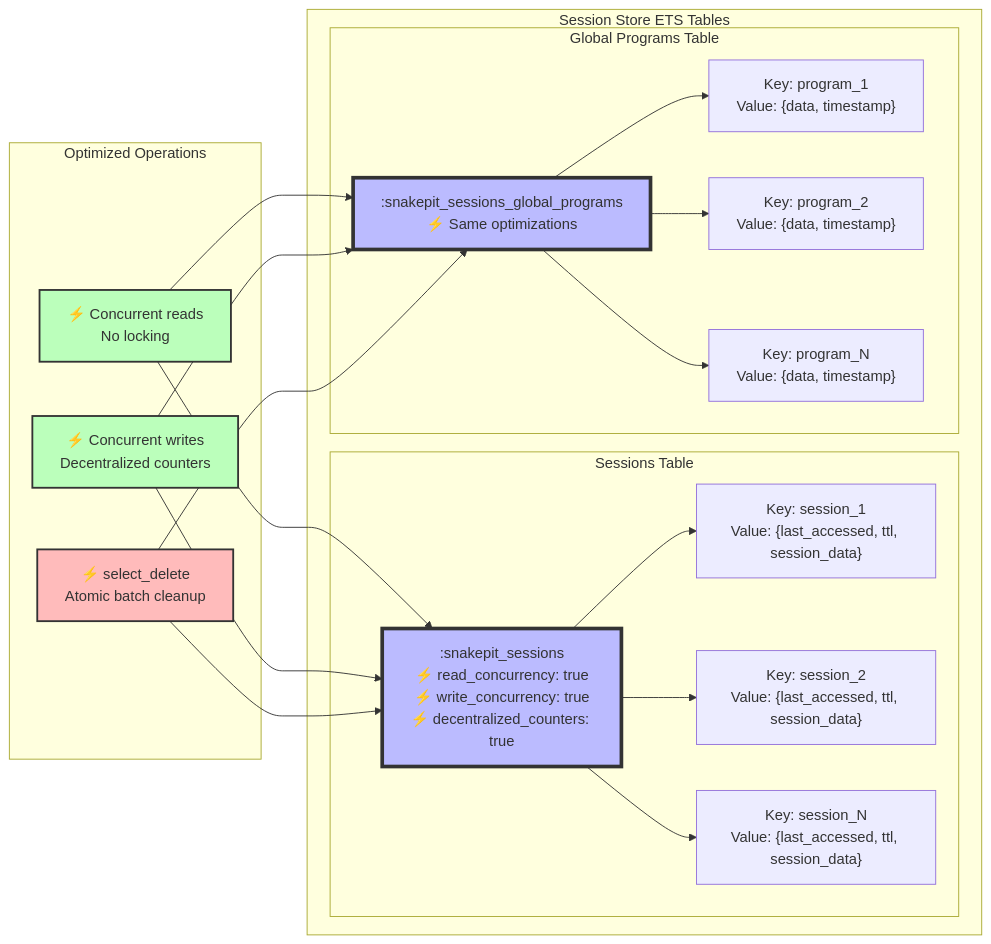
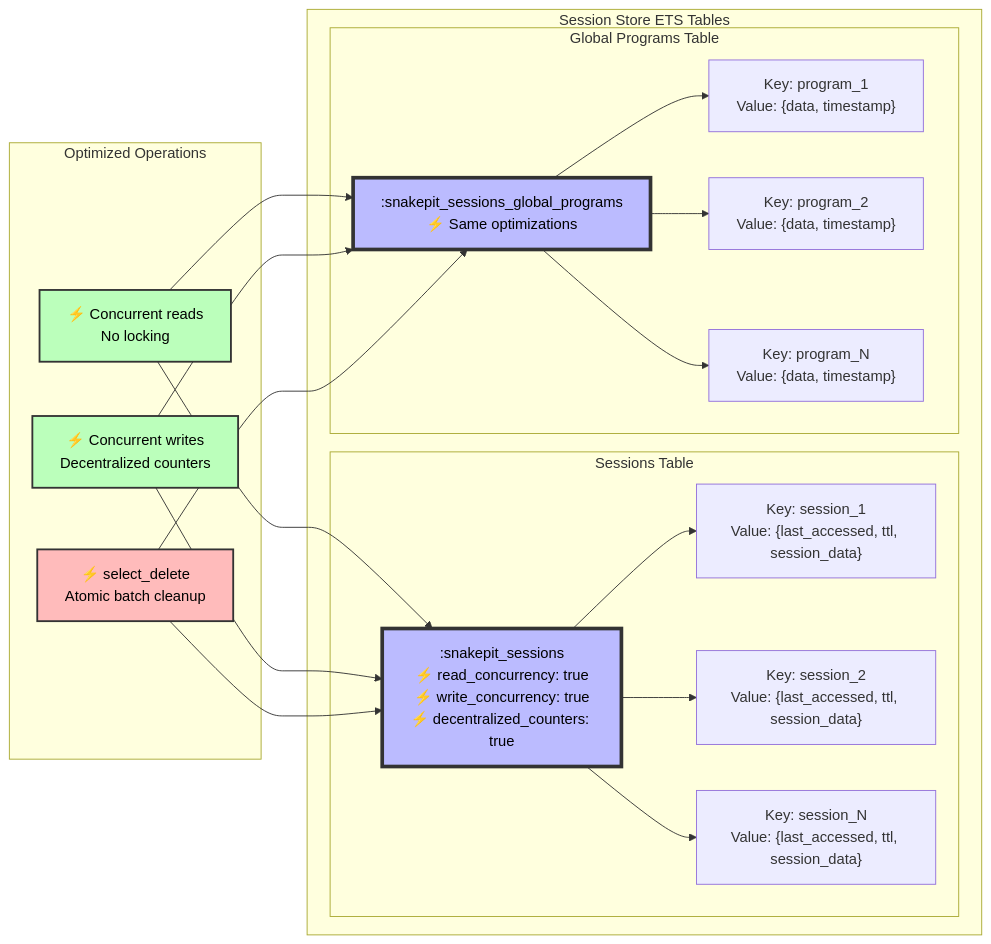
One commit to nshkrdotcom/snakepit changed the third of 7 diagrams in DIAGS.md. Above: the diagram before and after it, drawn with Mermaid. The commit also changed other lines of this file and 3 other files, not shown here.

````diff
--- a/DIAGS.md
+++ b/DIAGS.md
@@ -116,47 +116,47 @@
 ```mermaid
 graph LR
     subgraph "Session Store ETS Tables"
         subgraph "Sessions Table"
             ST[":snakepit_sessions<br/>⚡ read_concurrency: true<br/>⚡ write_concurrency: true<br/>⚡ decentralized_counters: true"]
             
             S1["Key: session_1<br/>Value: {last_accessed, ttl, session_data}"]
             S2["Key: session_2<br/>Value: {last_accessed, ttl, session_data}"]
             SN["Key: session_N<br/>Value: {last_accessed, ttl, session_data}"]
         end
         
         subgraph "Global Programs Table"
             GP[":snakepit_sessions_global_programs<br/>⚡ Same optimizations"]
             
             P1["Key: program_1<br/>Value: {data, timestamp}"]
             P2["Key: program_2<br/>Value: {data, timestamp}"]
             PN["Key: program_N<br/>Value: {data, timestamp}"]
         end
     end
     
     subgraph "Optimized Operations"
         Read["⚡ Concurrent reads<br/>No locking"]
         Write["⚡ Concurrent writes<br/>Decentralized counters"]
         Cleanup["⚡ select_delete<br/>Atomic batch cleanup"]
     end
     
     ST --> S1
     ST --> S2
     ST --> SN
     
     GP --> P1
     GP --> P2
     GP --> PN
     
     Read --> ST
     Read --> GP
     Write --> ST
     Write --> GP
     Cleanup --> ST
     Cleanup --> GP
     
-    style ST fill:#bbf,stroke:#333,stroke-width:4px
-    style GP fill:#bbf,stroke:#333,stroke-width:4px
-    style Read fill:#bfb,stroke:#333,stroke-width:2px
-    style Write fill:#bfb,stroke:#333,stroke-width:2px
-    style Cleanup fill:#fbb,stroke:#333,stroke-width:2px
+    style ST fill:#bbf,stroke:#333,stroke-width:4px,color:#000
+    style GP fill:#bbf,stroke:#333,stroke-width:4px,color:#000
+    style Read fill:#bfb,stroke:#333,stroke-width:2px,color:#000
+    style Write fill:#bfb,stroke:#333,stroke-width:2px,color:#000
+    style Cleanup fill:#fbb,stroke:#333,stroke-width:2px,color:#000
 ```
````
